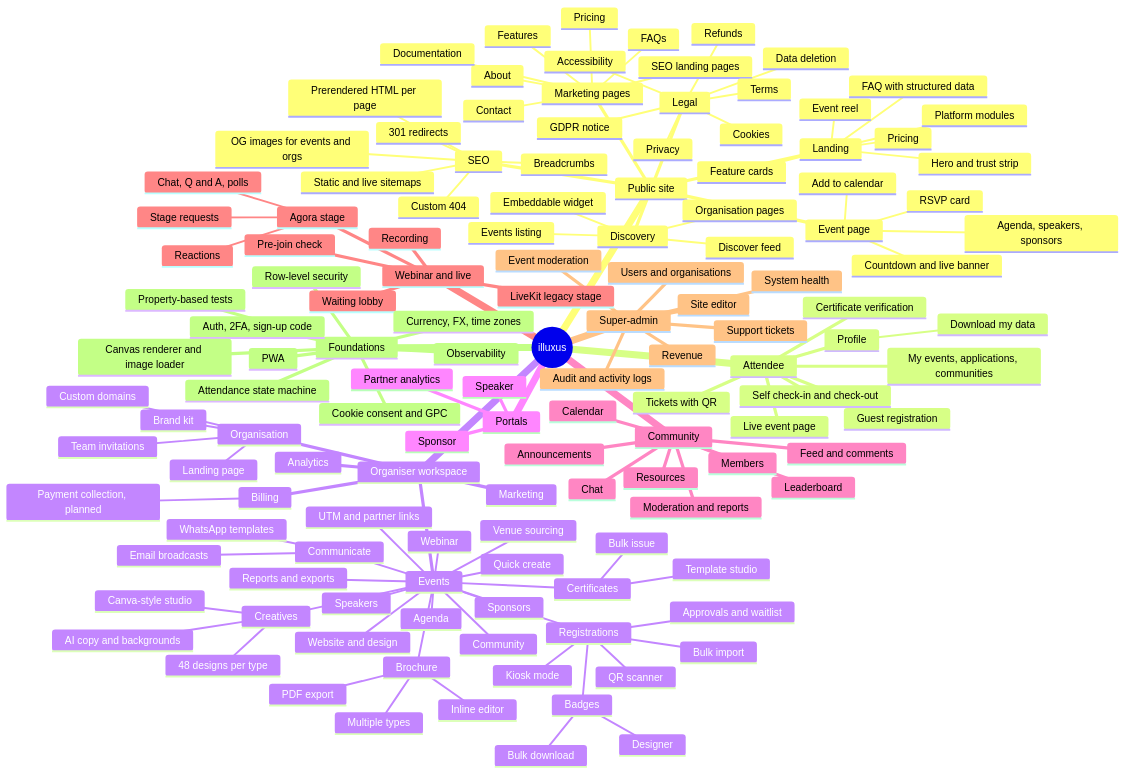
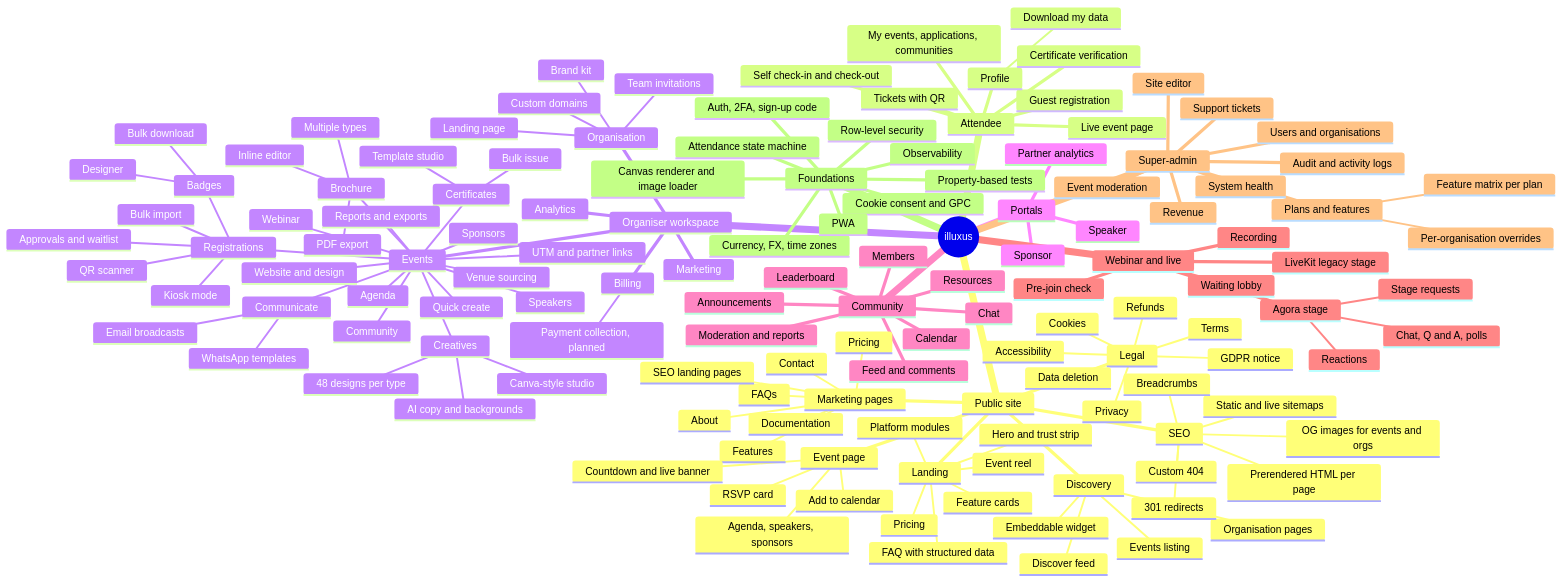
Before and after one commit to illuxus-bm/illuxus: the diagram in ROADMAP.md, drawn with Mermaid. The commit also changed other lines of this file and 86 other files, not shown here.

First line of the commit message:
feat: add PlansPage for managing subscription plans and features

```diff
--- a/ROADMAP.md
+++ b/ROADMAP.md
@@ -133,6 +133,9 @@
     Super-admin
       Site editor
       Users and organisations
+      Plans and features
+        Feature matrix per plan
+        Per-organisation overrides
       Event moderation
       Revenue
       System health
```
